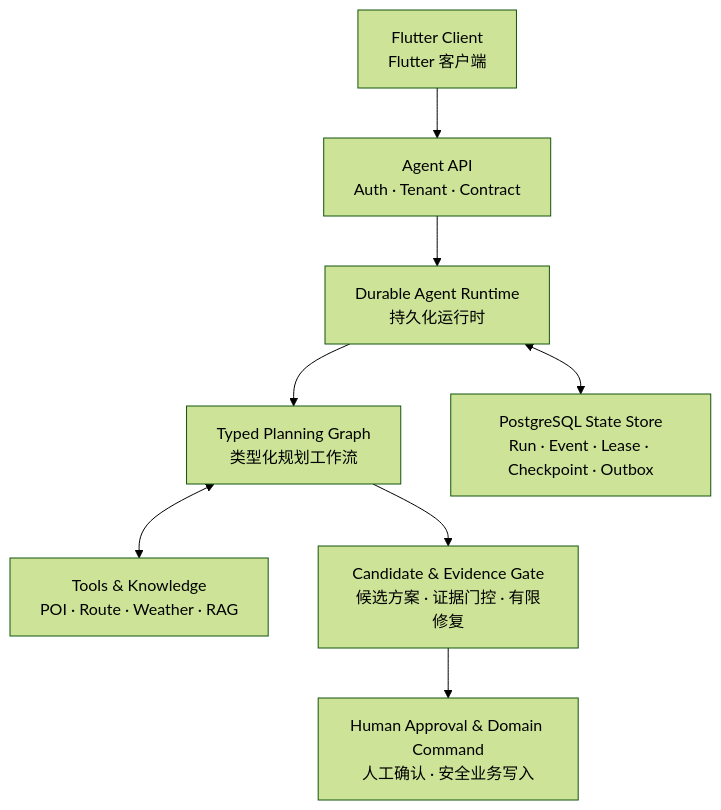
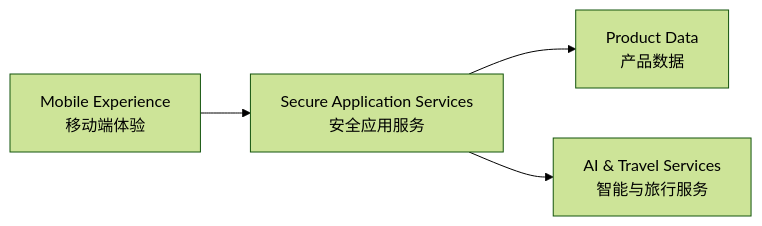
One commit to Elfsa-Miranda/GONOW changed the diagram in README.md. Above: the diagram before and after it, drawn with Mermaid (forest theme). The commit also changed other lines of this file and 3003 other files, not shown here.

````diff
--- a/README.md
+++ b/README.md
@@ -130,10 +45,6 @@
 ```mermaid
-flowchart TB
-    A["Flutter Client<br/>Flutter 客户端"] --> B["Agent API<br/>Auth · Tenant · Contract"]
-    B --> C["Durable Agent Runtime<br/>持久化运行时"]
-    C --> D["Typed Planning Graph<br/>类型化规划工作流"]
-    D <--> E["Tools & Knowledge<br/>POI · Route · Weather · RAG"]
-    D --> F["Candidate & Evidence Gate<br/>候选方案 · 证据门控 · 有限修复"]
-    F --> G["Human Approval & Domain Command<br/>人工确认 · 安全业务写入"]
-    C <--> H["PostgreSQL State Store<br/>Run · Event · Lease · Checkpoint · Outbox"]
+flowchart LR
+    A["Mobile Experience<br/>移动端体验"] --> B["Secure Application Services<br/>安全应用服务"]
+    B --> C["Product Data<br/>产品数据"]
+    B --> D["AI & Travel Services<br/>智能与旅行服务"]
 ```
````
